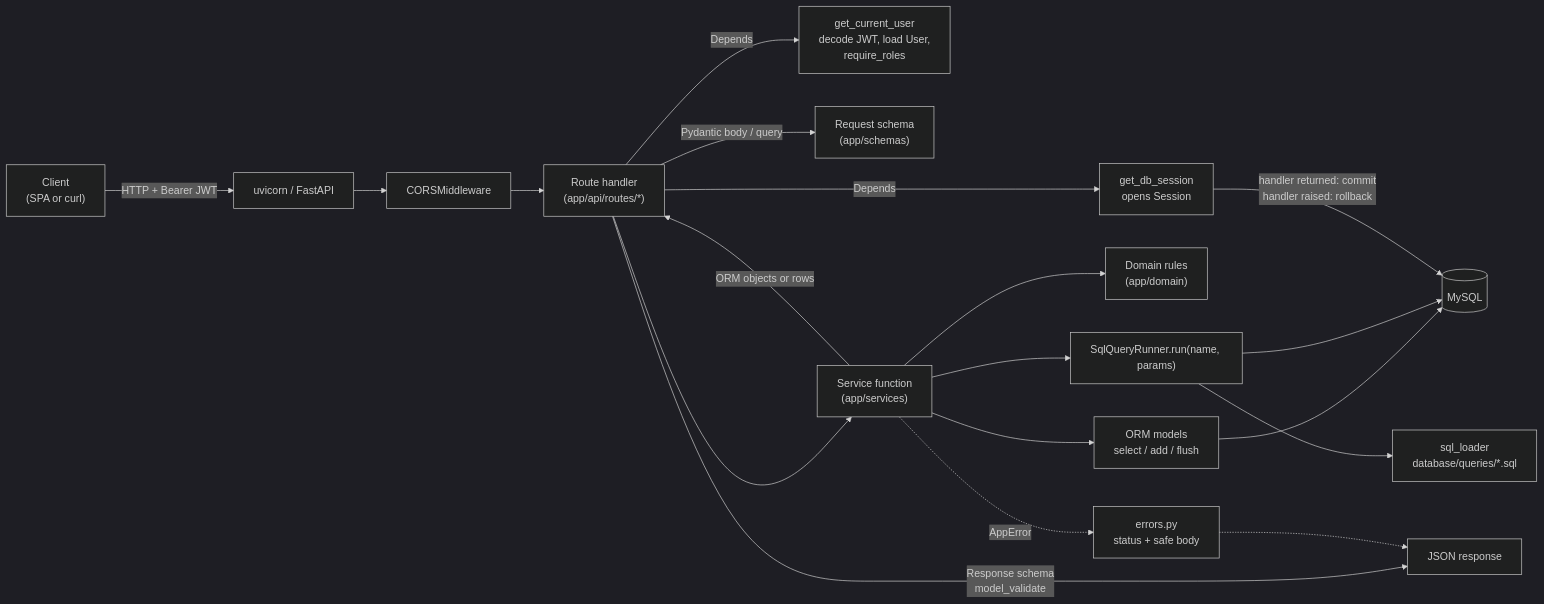
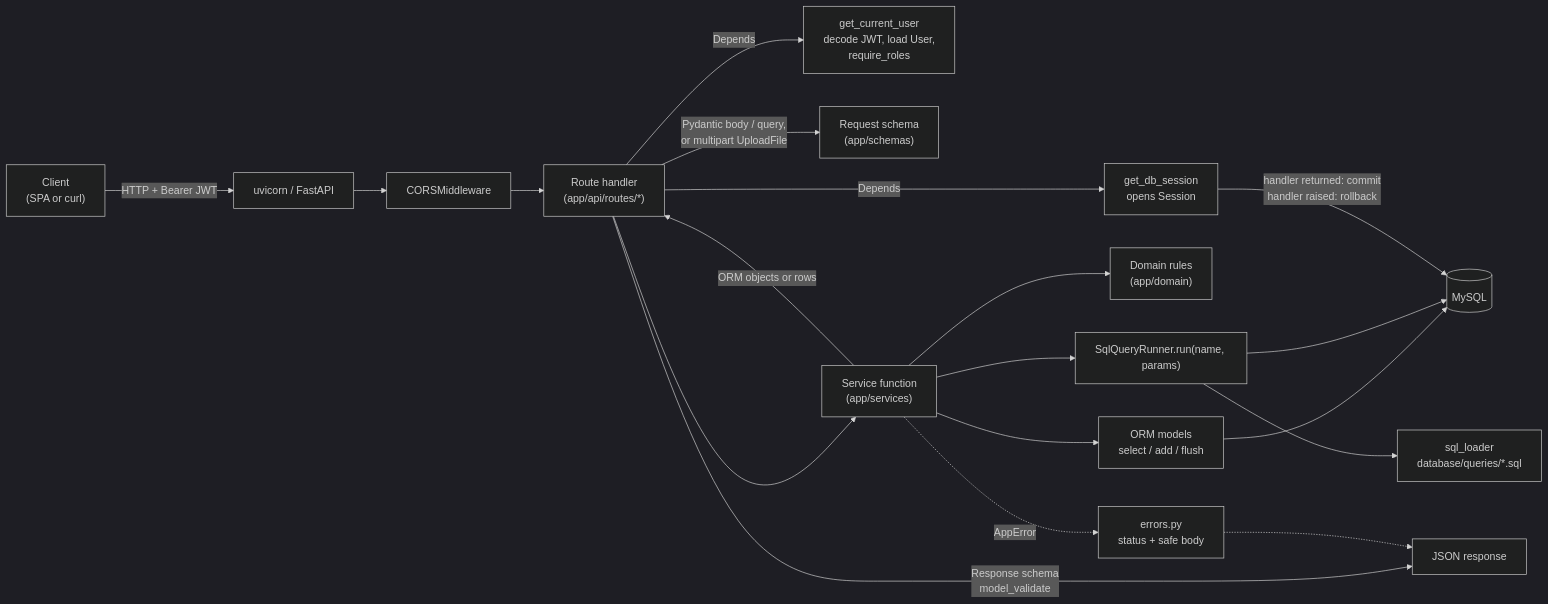
Before and after one commit to shritej6/factory-sherlock: the second of 3 diagrams in docs/architecture/component-design.md, drawn with Mermaid (dark theme). The commit also changed other lines of this file and 7 other files, not shown here.

Commit message:
docs(architecture): describe pagination, import, overdue alerts, R7, throttle, and the e2e layer

````diff
--- a/docs/architecture/component-design.md
+++ b/docs/architecture/component-design.md
@@ -227,21 +250,21 @@
 ```mermaid
 flowchart LR
     Client["Client<br/>(SPA or curl)"] -->|"HTTP + Bearer JWT"| Uvicorn["uvicorn / FastAPI"]
     Uvicorn --> CORS["CORSMiddleware"]
     CORS --> Route["Route handler<br/>(app/api/routes/*)"]
     Route -->|"Depends"| Session["get_db_session<br/>opens Session"]
     Route -->|"Depends"| Auth["get_current_user<br/>decode JWT, load User,<br/>require_roles"]
-    Route -->|"Pydantic body / query"| Schema["Request schema<br/>(app/schemas)"]
+    Route -->|"Pydantic body / query,<br/>or multipart UploadFile"| Schema["Request schema<br/>(app/schemas)"]
     Route --> Service["Service function<br/>(app/services)"]
     Service --> Domain["Domain rules<br/>(app/domain)"]
     Service --> ORM["ORM models<br/>select / add / flush"]
     Service --> Runner["SqlQueryRunner.run(name, params)"]
     Runner --> Loader["sql_loader<br/>database/queries/*.sql"]
     ORM --> MySQL[("MySQL")]
     Runner --> MySQL
     Service -->|"ORM objects or rows"| Route
     Route -->|"Response schema<br/>model_validate"| JSON["JSON response"]
     Session -->|"handler returned: commit<br/>handler raised: rollback"| MySQL
     Service -.->|"AppError"| Errors["errors.py<br/>status + safe body"]
     Errors -.-> JSON
 ```
````
